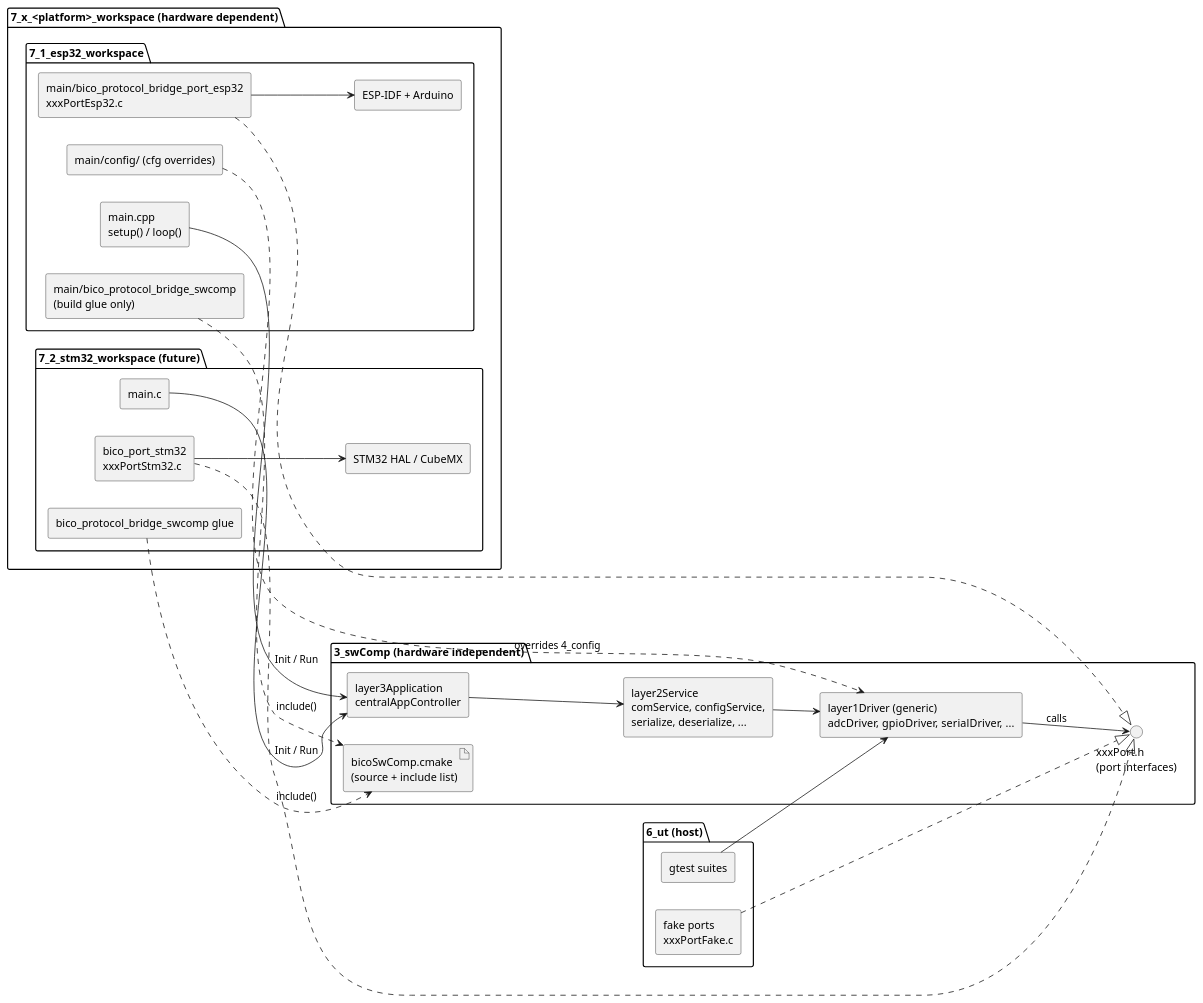
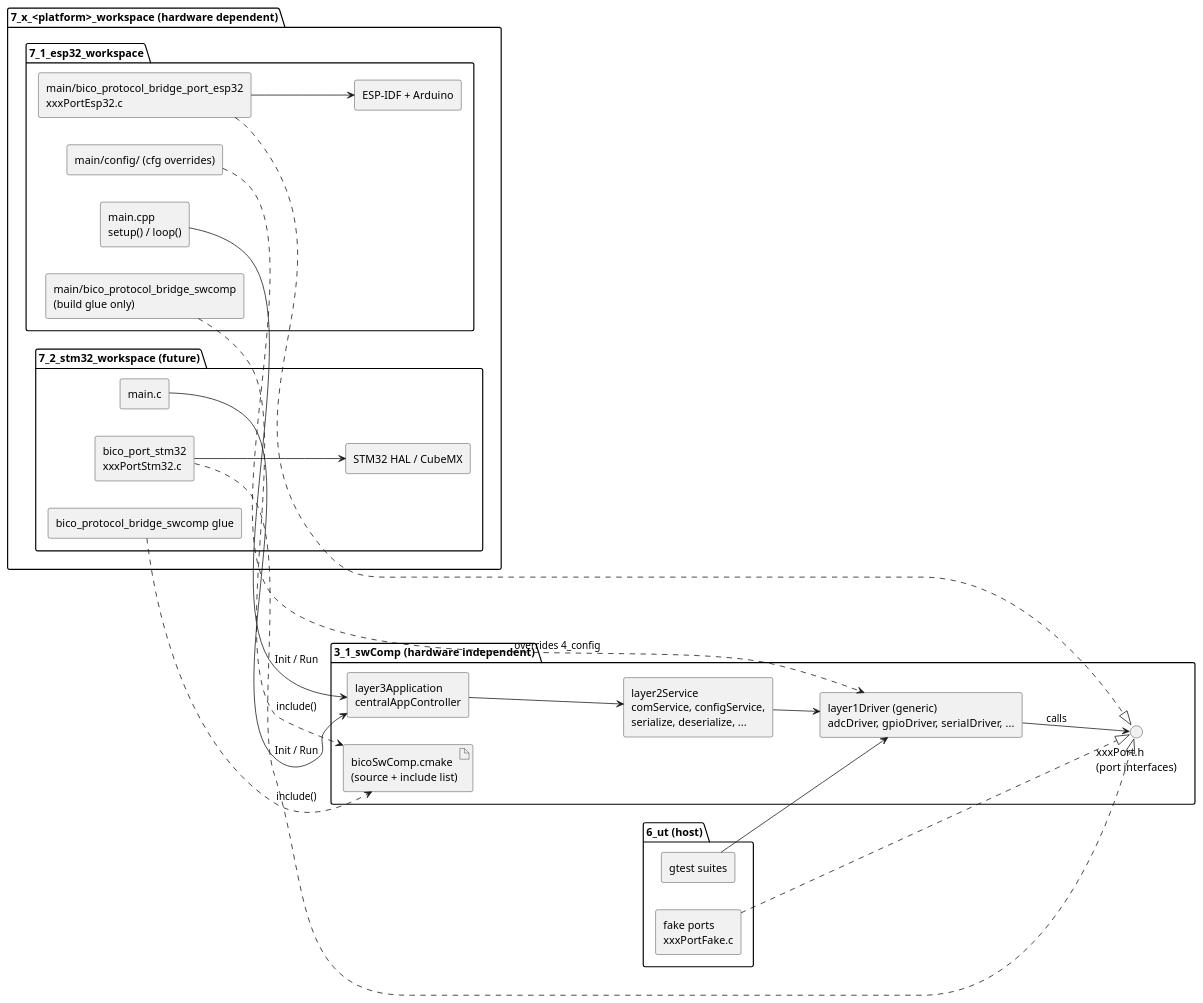
One commit to LinhTrucVo/Bico_Protocol_Bridge changed the diagram in 2_architecture/deploymentView/deploymentOverview.puml. Above: the diagram before and after it, drawn with PlantUML. The commit also changed 448 other files, not shown here.

```diff
--- a/2_architecture/deploymentView/deploymentOverview.puml
+++ b/2_architecture/deploymentView/deploymentOverview.puml
@@ -1,49 +1,49 @@
 @startuml deploymentOverview
 skinparam componentStyle rectangle
 skinparam packageStyle folder
 left to right direction
 
-package "3_swComp (hardware independent)" as SW {
+package "3_1_swComp (hardware independent)" as SW {
   component "layer3Application\ncentralAppController" as L3
   component "layer2Service\ncomService, configService,\nserialize, deserialize, ..." as L2
   component "layer1Driver (generic)\nadcDriver, gpioDriver, serialDriver, ..." as L1
   interface "xxxPort.h\n(port interfaces)" as PORT
   artifact "bicoSwComp.cmake\n(source + include list)" as LIST
   L3 --> L2
   L2 --> L1
   L1 --> PORT : calls
 }
 
 package "7_x_<platform>_workspace (hardware dependent)" as WS {
   package "7_1_esp32_workspace" as ESP {
     component "main.cpp\nsetup() / loop()" as ESPMAIN
     component "main/bico_protocol_bridge_swcomp\n(build glue only)" as ESPGLUE
     component "main/bico_protocol_bridge_port_esp32\nxxxPortEsp32.c" as ESPPORT
     component "main/config/ (cfg overrides)" as ESPCFG
     component "ESP-IDF + Arduino" as IDF
     ESPMAIN --> L3 : Init / Run
     ESPPORT --> IDF
   }
   package "7_2_stm32_workspace (future)" as STM {
     component "main.c" as STMMAIN
     component "bico_protocol_bridge_swcomp glue" as STMGLUE
     component "bico_port_stm32\nxxxPortStm32.c" as STMPORT
     component "STM32 HAL / CubeMX" as HAL
     STMMAIN --> L3 : Init / Run
     STMPORT --> HAL
   }
 }
 
 package "6_ut (host)" as UT {
   component "gtest suites" as GT
   component "fake ports\nxxxPortFake.c" as FAKE
 }
 
 ESPGLUE ..> LIST : include()
 STMGLUE ..> LIST : include()
 ESPPORT ..|> PORT
 STMPORT ..|> PORT
 FAKE ..|> PORT
 ESPCFG ..> L1 : overrides 4_config
 GT --> L1
 @enduml
```
